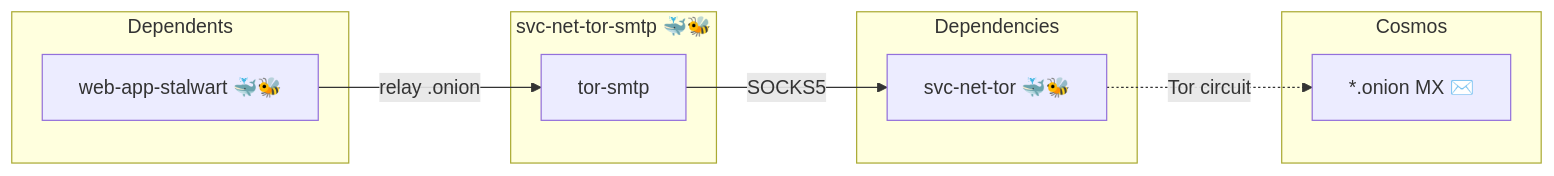
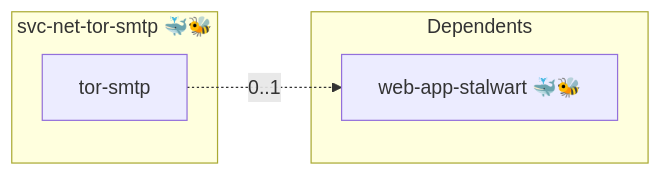
The diagram in roles/svc-net-tor-smtp/README.md (AlejandroRomanIbanez/infinito-nexus), drawn with Mermaid before and after one commit. The commit also changed other lines of this file and 67 other files, not shown here.

````diff
--- a/roles/svc-net-tor-smtp/README.md
+++ b/roles/svc-net-tor-smtp/README.md
@@ -27,18 +25,10 @@
 ```mermaid
 flowchart LR
-    subgraph deps [Dependencies]
-        dep_svc_net_tor["svc-net-tor 🐳🐝"]
-    end
     subgraph role [svc-net-tor-smtp 🐳🐝]
         svc_tor_smtp["tor-smtp"]
     end
     subgraph dependents [Dependents]
         dpt_web_app_stalwart["web-app-stalwart 🐳🐝"]
     end
-    subgraph cosmos [Cosmos]
-        onion["*.onion MX ✉️"]
-    end
-    dpt_web_app_stalwart -- "relay .onion" --> svc_tor_smtp
-    svc_tor_smtp -- "SOCKS5" --> dep_svc_net_tor
-    dep_svc_net_tor -. "Tor circuit" .-> onion
+    svc_tor_smtp -. "0..1" .-> dpt_web_app_stalwart
 ```
````
